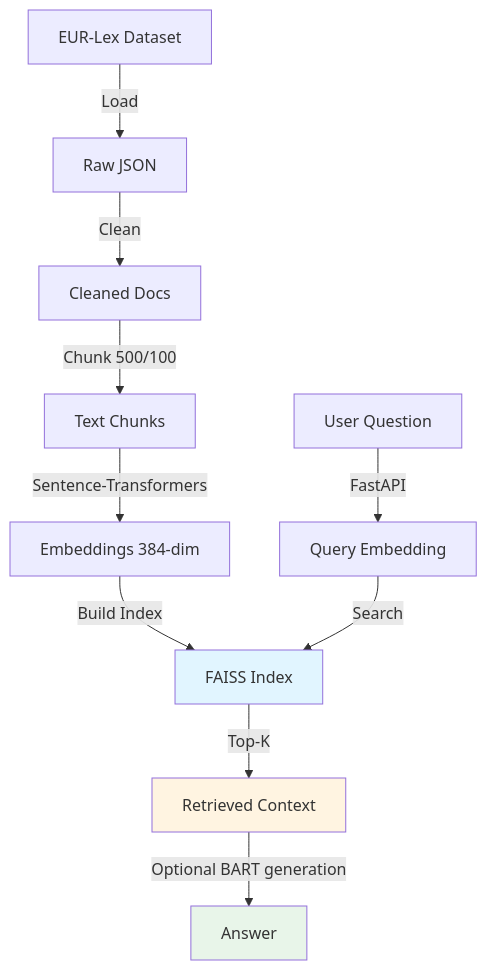
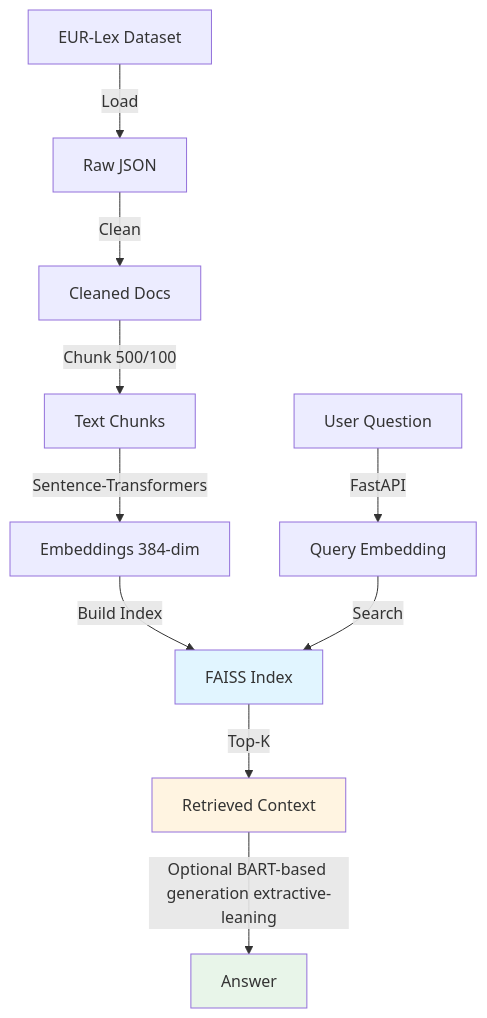
Before and after one commit to Ankush-Patil99/legal-RAG-eurlex: the diagram in README.md, drawn with Mermaid. The commit also changed other lines of this file, not shown here.

````diff
--- a/README.md
+++ b/README.md
@@ -91,17 +92,17 @@
 ```mermaid
 graph TB
     A[EUR-Lex Dataset] -->|Load| B[Raw JSON]
     B -->|Clean| C[Cleaned Docs]
     C -->|Chunk 500/100| D[Text Chunks]
     D -->|Sentence-Transformers| E[Embeddings 384-dim]
     E -->|Build Index| F[FAISS Index]
     
     G[User Question] -->|FastAPI| H[Query Embedding]
     H -->|Search| F
     F -->|Top-K| I[Retrieved Context]
-    I -->|Optional BART generation| J[Answer]
+    I -->|Optional BART-based generation extractive-leaning| J[Answer]
     
     style F fill:#e1f5ff
     style I fill:#fff4e1
     style J fill:#e8f5e9
 ```
````
